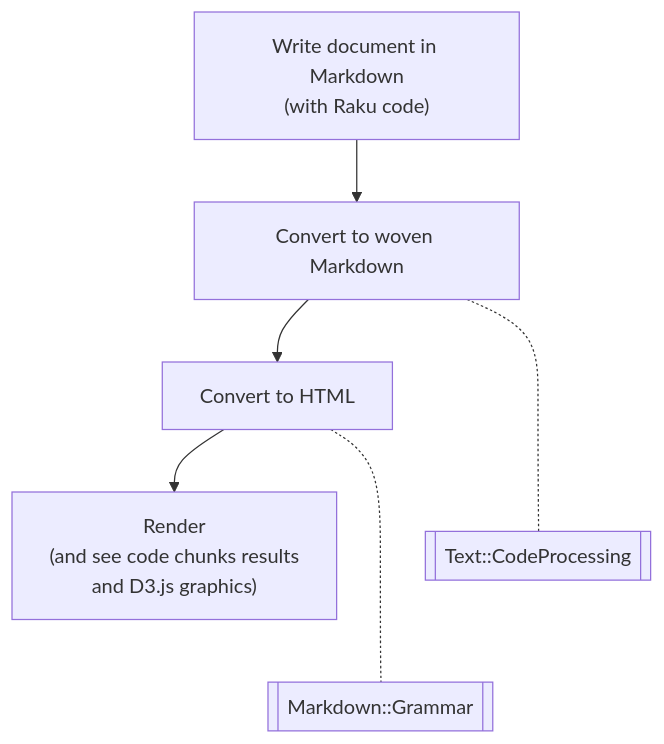
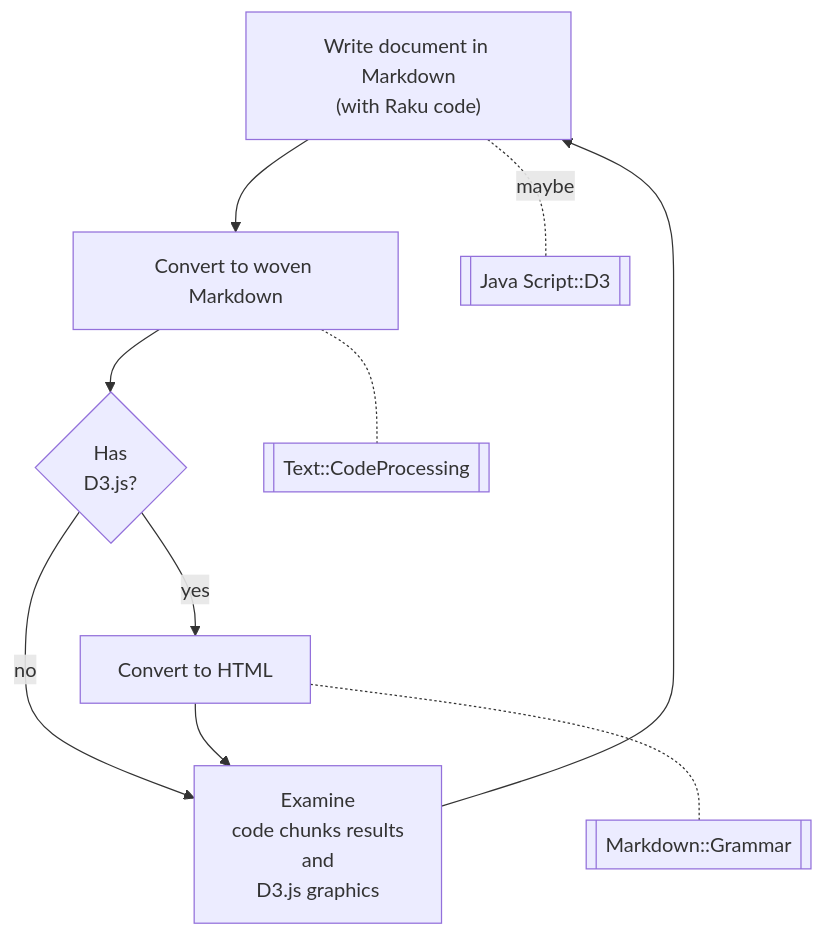
One commit to antononcube/RakuForPrediction-book changed the diagram in Presentations/Literate-programming-via-CLI/README.md. Above: the diagram before and after it, drawn with Mermaid. The commit also changed other lines of this file, not shown here.

````diff
--- a/Presentations/Literate-programming-via-CLI/README.md
+++ b/Presentations/Literate-programming-via-CLI/README.md
@@ -16,12 +16,19 @@
 ```mermaid
 flowchart TD
     WD["Write document in Markdown<br/>(with Raku code)"]
     MDtoMDW[Convert to woven Markdown]
     MDWtoHTML[Convert to HTML]
-    R["Render<br/>(and see code chunks results<br/>and D3.js graphics)"]
+    E["Examine<br/>code chunks results<br/>and<br/>D3.js graphics"]
+    JSQ{Has<br/>D3.js?}
     TCP[["Text::CodeProcessing"]]
     MG[["Markdown::Grammar"]]
-    WD --> MDtoMDW --> MDWtoHTML --> R
-    MDtoMDW -..- TCP
-    MDWtoHTML -..- MG
+    DJS[["Java Script::D3"]]
+    WD --> MDtoMDW
+    MDtoMDW --> JSQ 
+    JSQ --> |yes|MDWtoHTML
+    JSQ --> |no|E
+    MDWtoHTML --> E --> WD
+    WD -.- |maybe|DJS
+    MDtoMDW -.- TCP
+    MDWtoHTML -.- MG
 ```
````
